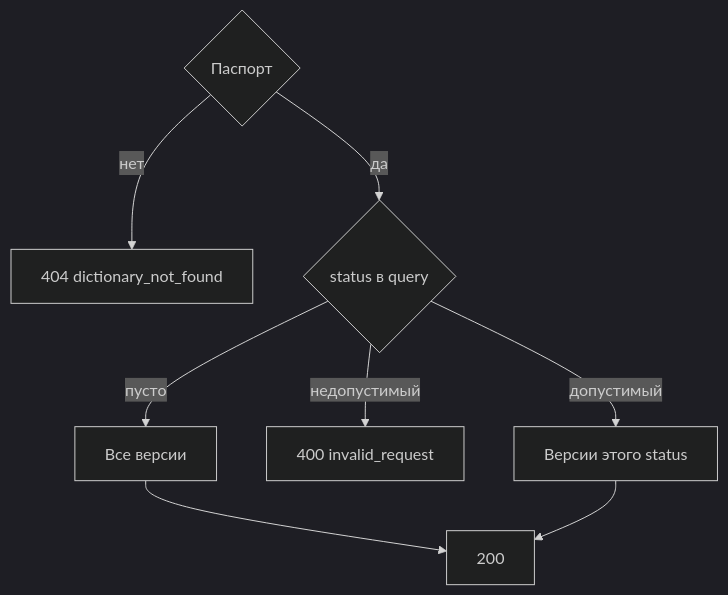
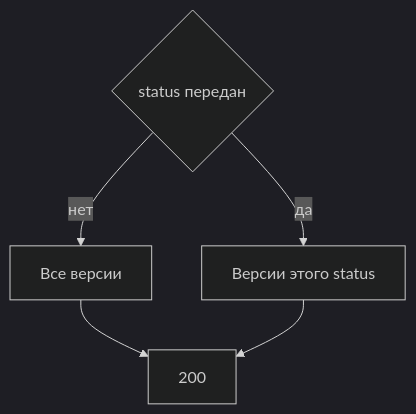
The diagram in docs/1. functional/v3/management.api/DataController/get_versions.md (StrannikE95/reference_data), drawn with Mermaid (dark theme) before and after one commit. The commit also changed other lines of this file and 8 other files, not shown here.

````diff
--- a/docs/1. functional/v3/management.api/DataController/get_versions.md
+++ b/docs/1. functional/v3/management.api/DataController/get_versions.md
@@ -44,10 +49,7 @@
 ```mermaid
 flowchart TD
-  pas{"Паспорт"} -->|нет| d404["404 dictionary_not_found"]
-  pas -->|да| flt{"status в query"}
-  flt -->|пусто| all["Все версии"]
-  flt -->|недопустимый| bad["400 invalid_request"]
-  flt -->|допустимый| one["Версии этого status"]
+  flt{"status передан"} -->|нет| all["Все версии"]
+  flt -->|да| one["Версии этого status"]
   all --> ok["200"]
   one --> ok
 ```
````
